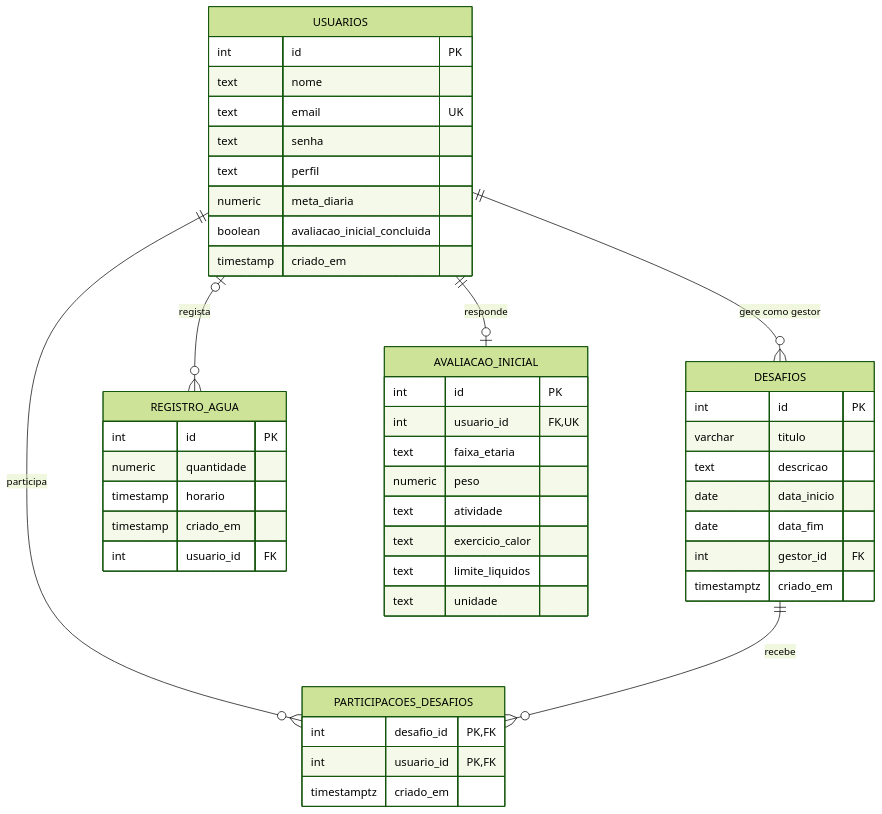
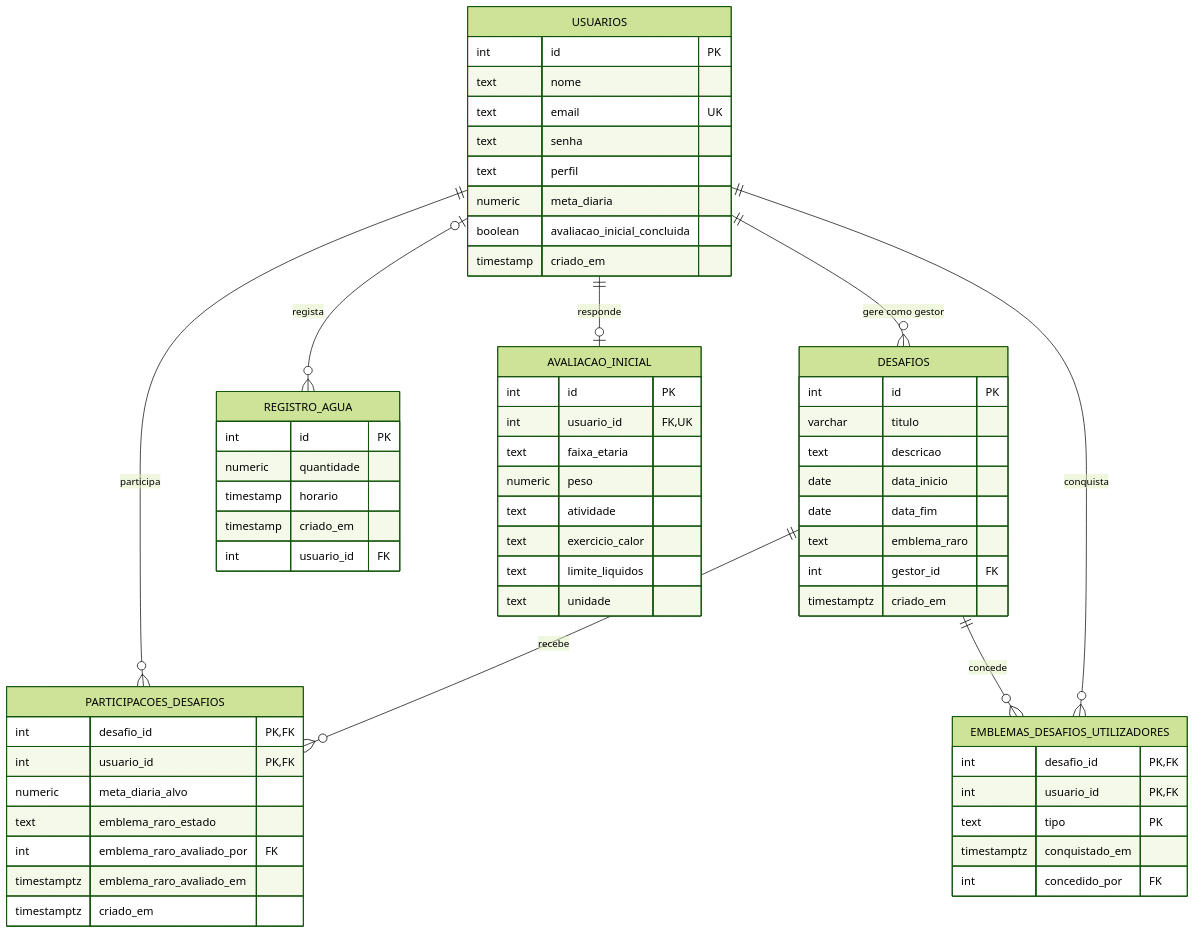
The diagram in docs/diagrama-er.md (bry-rgb/HealthyTrack), drawn with Mermaid (forest theme) before and after one commit. The commit also changed other lines of this file and 10 other files, not shown here.

````diff
--- a/docs/diagrama-er.md
+++ b/docs/diagrama-er.md
@@ -5,54 +5,69 @@
 ```mermaid
 erDiagram
     USUARIOS {
         int id PK
         text nome
         text email UK
         text senha
         text perfil
         numeric meta_diaria
         boolean avaliacao_inicial_concluida
         timestamp criado_em
     }
 
     DESAFIOS {
         int id PK
         varchar titulo
         text descricao
         date data_inicio
         date data_fim
+        text emblema_raro
         int gestor_id FK
         timestamptz criado_em
     }
 
     PARTICIPACOES_DESAFIOS {
         int desafio_id PK, FK
         int usuario_id PK, FK
+        numeric meta_diaria_alvo
+        text emblema_raro_estado
+        int emblema_raro_avaliado_por FK
+        timestamptz emblema_raro_avaliado_em
         timestamptz criado_em
+    }
+
+    EMBLEMAS_DESAFIOS_UTILIZADORES {
+        int desafio_id PK, FK
+        int usuario_id PK, FK
+        text tipo PK
+        timestamptz conquistado_em
+        int concedido_por FK
     }
 
     REGISTRO_AGUA {
         int id PK
         numeric quantidade
         timestamp horario
         timestamp criado_em
         int usuario_id FK
     }
 
     AVALIACAO_INICIAL {
         int id PK
         int usuario_id FK, UK
         text faixa_etaria
         numeric peso
         text atividade
         text exercicio_calor
         text limite_liquidos
         text unidade
     }
 
     USUARIOS ||--o{ DESAFIOS : "gere como gestor"
     USUARIOS ||--o{ PARTICIPACOES_DESAFIOS : participa
     DESAFIOS ||--o{ PARTICIPACOES_DESAFIOS : recebe
+    DESAFIOS ||--o{ EMBLEMAS_DESAFIOS_UTILIZADORES : concede
+    USUARIOS ||--o{ EMBLEMAS_DESAFIOS_UTILIZADORES : conquista
     USUARIOS o|--o{ REGISTRO_AGUA : regista
     USUARIOS ||--o| AVALIACAO_INICIAL : responde
 ```
````
